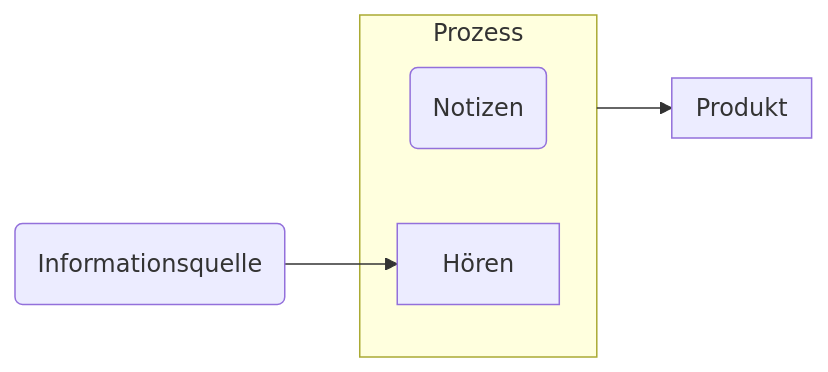
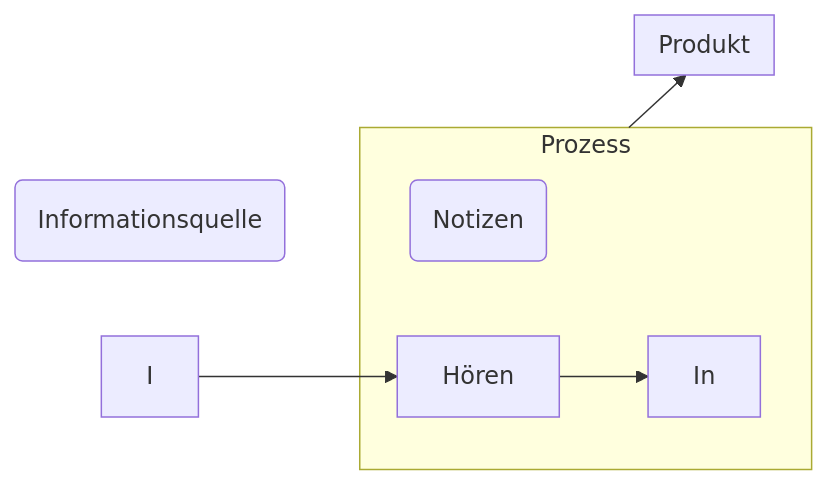
One commit to julianstoerig/zettelkasten changed the diagram in 📝 - Arbeitsplatz/Aufschlüsselung der Effekte von Notizen.md. Above: the diagram before and after it, drawn with Mermaid.

Commit message:
automatic version-control: 2021-01-15 18:27:18

````diff
--- a/📝 - Arbeitsplatz/Aufschlüsselung der Effekte von Notizen.md
+++ b/📝 - Arbeitsplatz/Aufschlüsselung der Effekte von Notizen.md
@@ -1,20 +1,19 @@
 ```mermaid
 flowchart LR
 
-I(Informationsquelle)
+IQ(Informationsquelle)
 N(Notizen)
 H[Hören]
-
 I --> H
 
 subgraph Ps[Prozess]
-	H
+	H --> In
 	N
 end
 
 subgraph Pt[Produkt]
 	
 end
 
 Ps --> Pt
 ```
````
